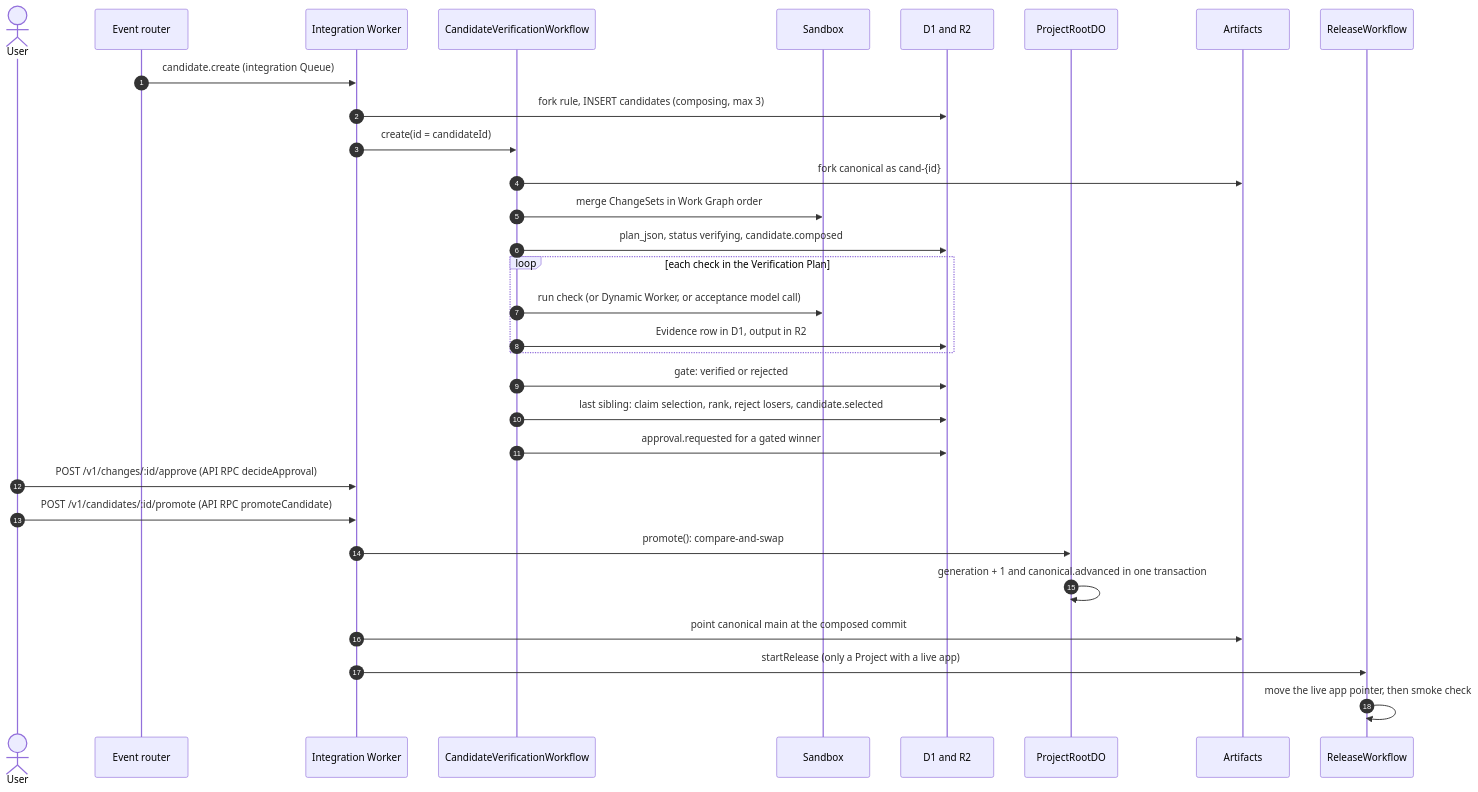
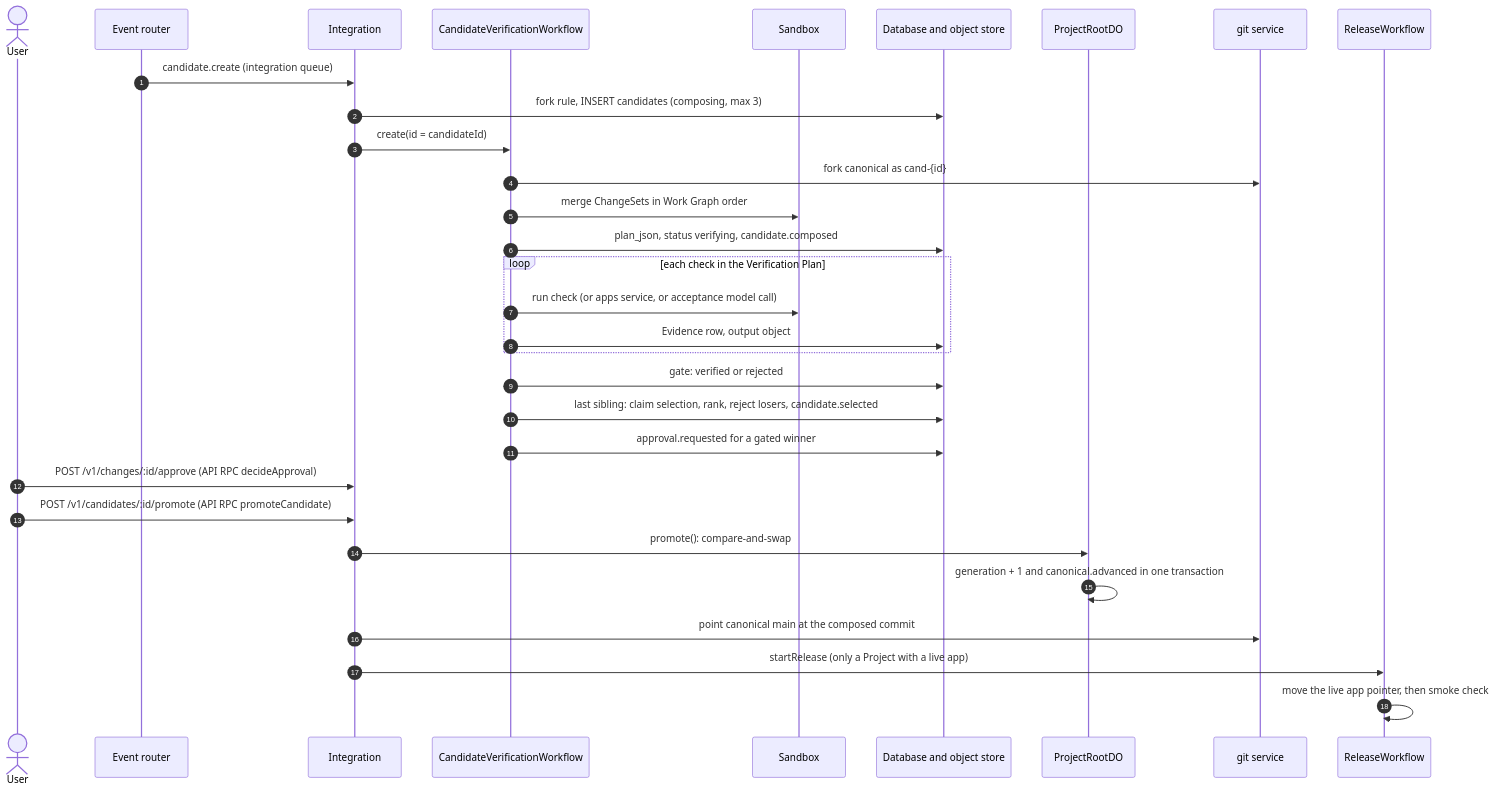
The third of 7 diagrams in docs/architecture/change-lifecycle.md (nsudhanva/rhumbatron), drawn with Mermaid before and after one commit. The commit also changed other lines of this file and 322 other files, not shown here.

````diff
--- a/docs/architecture/change-lifecycle.md
+++ b/docs/architecture/change-lifecycle.md
@@ -155,34 +155,34 @@
 ```mermaid
 sequenceDiagram
   autonumber
   actor User
   participant ER as Event router
-  participant INT as Integration Worker
+  participant INT as Integration
   participant VW as CandidateVerificationWorkflow
   participant SBX as Sandbox
-  participant D1 as D1 and R2
+  participant DB as Database and object store
   participant Root as ProjectRootDO
-  participant Art as Artifacts
+  participant Art as git service
   participant RW as ReleaseWorkflow
 
-  ER->>INT: candidate.create (integration Queue)
-  INT->>D1: fork rule, INSERT candidates (composing, max 3)
+  ER->>INT: candidate.create (integration queue)
+  INT->>DB: fork rule, INSERT candidates (composing, max 3)
   INT->>VW: create(id = candidateId)
   VW->>Art: fork canonical as cand-{id}
   VW->>SBX: merge ChangeSets in Work Graph order
-  VW->>D1: plan_json, status verifying, candidate.composed
+  VW->>DB: plan_json, status verifying, candidate.composed
   loop each check in the Verification Plan
-    VW->>SBX: run check (or Dynamic Worker, or acceptance model call)
-    VW->>D1: Evidence row in D1, output in R2
+    VW->>SBX: run check (or apps service, or acceptance model call)
+    VW->>DB: Evidence row, output object
   end
-  VW->>D1: gate: verified or rejected
-  VW->>D1: last sibling: claim selection, rank, reject losers, candidate.selected
-  VW->>D1: approval.requested for a gated winner
+  VW->>DB: gate: verified or rejected
+  VW->>DB: last sibling: claim selection, rank, reject losers, candidate.selected
+  VW->>DB: approval.requested for a gated winner
   User->>INT: POST /v1/changes/:id/approve (API RPC decideApproval)
   User->>INT: POST /v1/candidates/:id/promote (API RPC promoteCandidate)
   INT->>Root: promote(): compare-and-swap
   Root->>Root: generation + 1 and canonical.advanced in one transaction
   INT->>Art: point canonical main at the composed commit
   INT->>RW: startRelease (only a Project with a live app)
   RW->>RW: move the live app pointer, then smoke check
 ```
````
